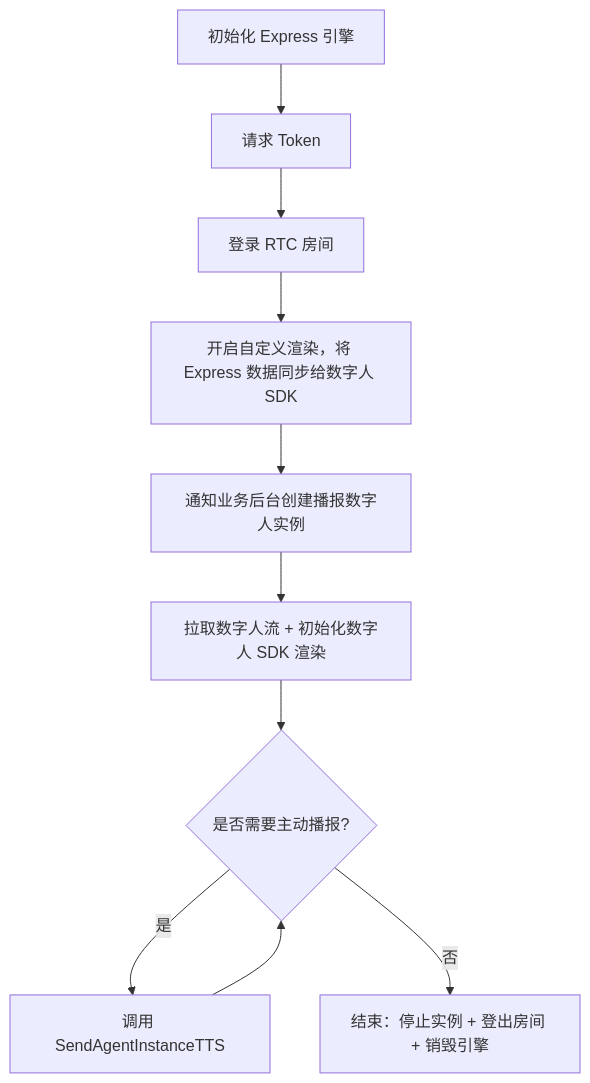
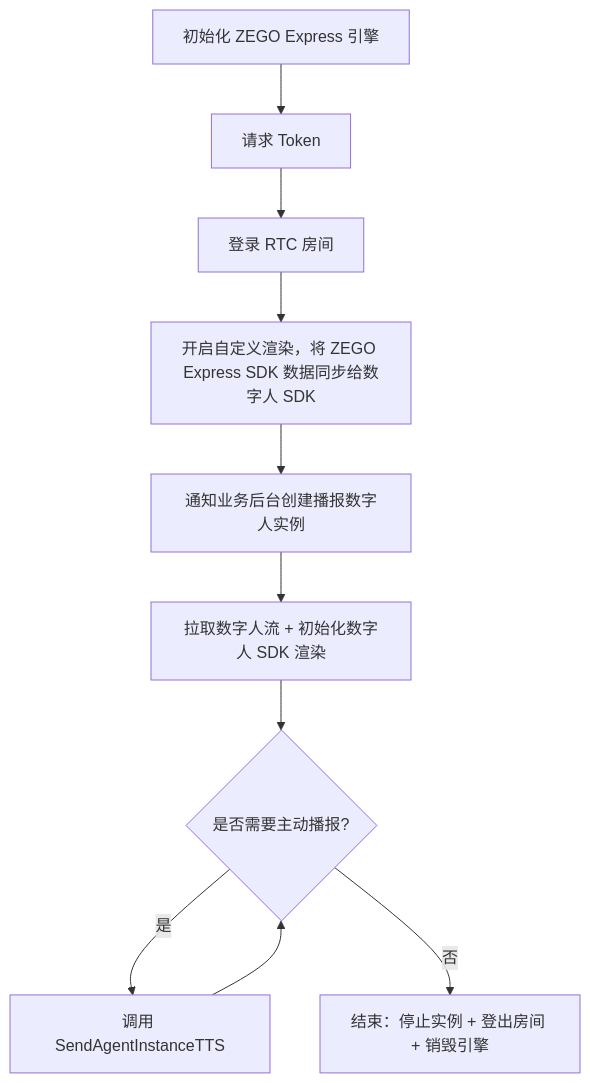
One commit to ZEGOCLOUD/docs_all changed the first of 3 diagrams in core_products/aiagent/zh/android/quick-start-with-live-digital-human.mdx. Above: the diagram before and after it, drawn with Mermaid. The commit also changed other lines of this file and 9 other files, not shown here.

````diff
--- a/core_products/aiagent/zh/android/quick-start-with-live-digital-human.mdx
+++ b/core_products/aiagent/zh/android/quick-start-with-live-digital-human.mdx
@@ -117,12 +113,12 @@
 ```mermaid
 graph TD
-    A[初始化 Express 引擎] --> B[请求 Token]
+    A[初始化 ZEGO Express 引擎] --> B[请求 Token]
     B --> C[登录 RTC 房间]
-    C --> D[开启自定义渲染，将 Express 数据同步给数字人 SDK]
+    C --> D[开启自定义渲染，将 ZEGO Express SDK 数据同步给数字人 SDK]
     D --> E[通知业务后台创建播报数字人实例]
     E --> F[拉取数字人流 + 初始化数字人 SDK 渲染]
     F --> G{是否需要主动播报?}
     G -->|是| H[调用 SendAgentInstanceTTS]
     H --> G
     G -->|否| I[结束：停止实例 + 登出房间 + 销毁引擎]
 ```
````
